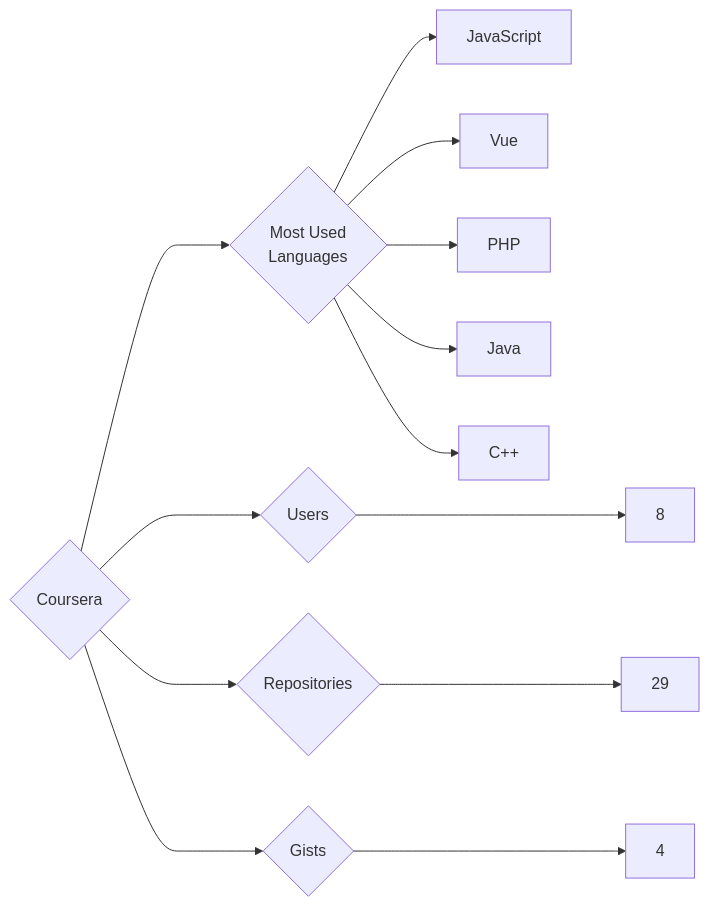
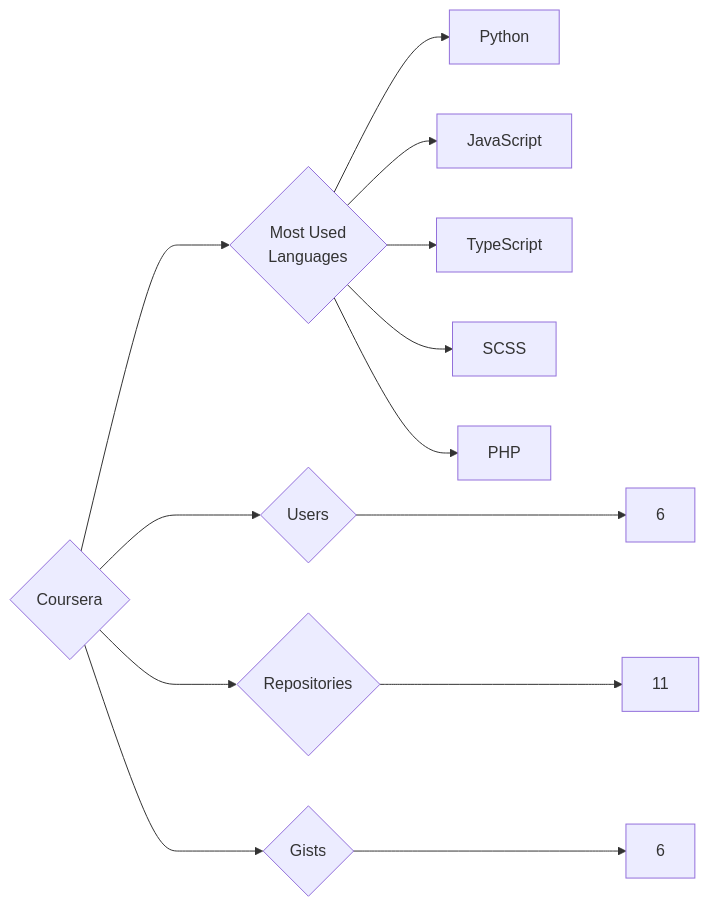
Before and after one commit to trickest/insiders: the diagram in targets/Coursera/README.md, drawn with Mermaid. The commit also changed 1020 other files, not shown here.

````diff
--- a/targets/Coursera/README.md
+++ b/targets/Coursera/README.md
@@ -3,13 +3,13 @@
 ```mermaid
 graph LR
 COMPANY_NAME{Coursera}
-COMPANY_NAME ---> U{Users} ---> UN[8]
-COMPANY_NAME ---> R{Repositories} ---> RN[29]
-COMPANY_NAME ---> G{Gists} ---> GN[4]
+COMPANY_NAME ---> U{Users} ---> UN[6]
+COMPANY_NAME ---> R{Repositories} ---> RN[11]
+COMPANY_NAME ---> G{Gists} ---> GN[6]
 COMPANY_NAME ---> ML{Most Used<br>Languages}
+ML --> Python[Python]
 ML --> JavaScript[JavaScript]
-ML --> Vue[Vue]
+ML --> TypeScript[TypeScript]
+ML --> SCSS[SCSS]
 ML --> PHP[PHP]
-ML --> Java[Java]
-ML --> C++[C++]
 ```
````
